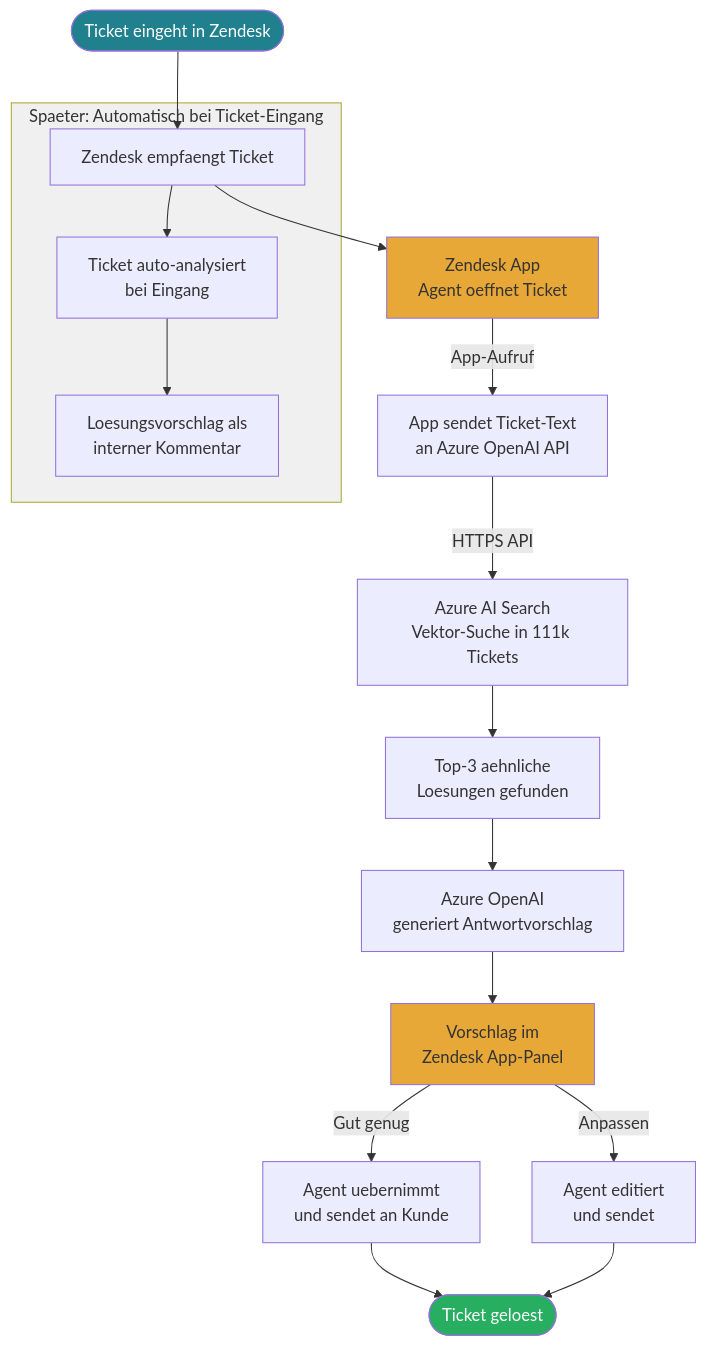
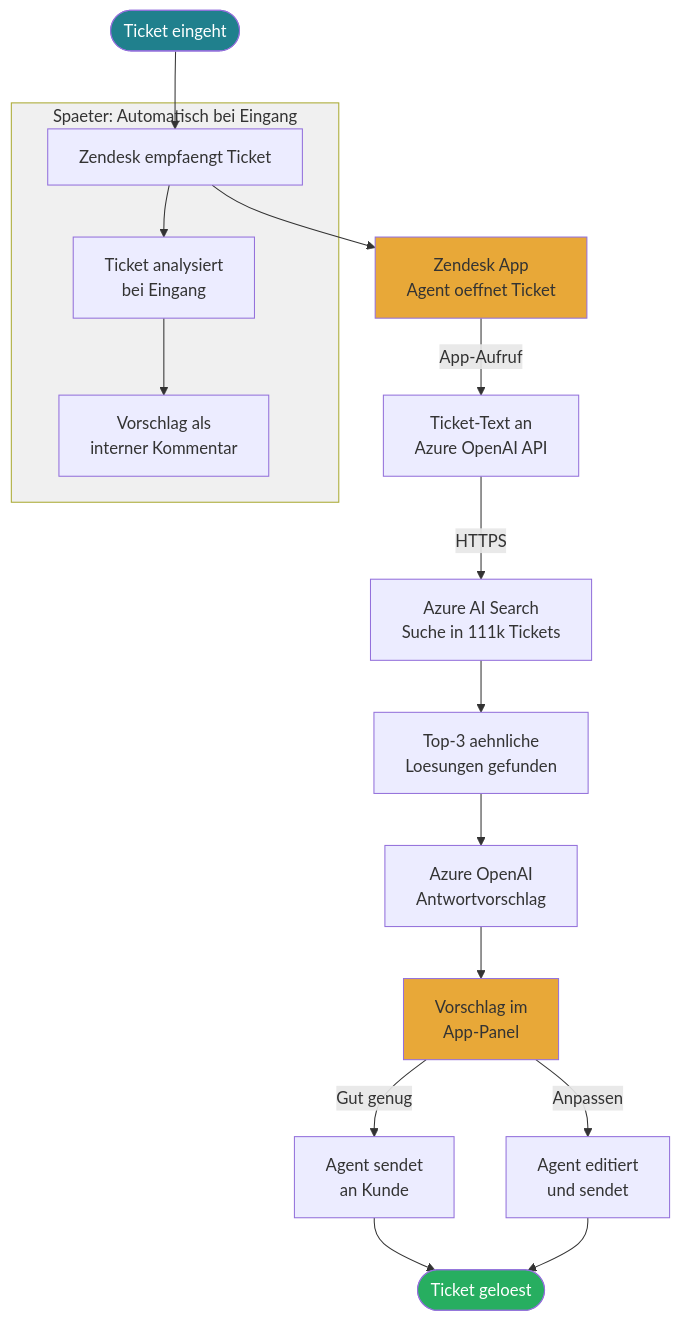
The third of 11 diagrams in readme.md (tekknix/zendesk-ai), drawn with Mermaid before and after one commit. The commit also changed other lines of this file, not shown here.

````diff
--- a/readme.md
+++ b/readme.md
@@ -48,25 +54,25 @@
 ```mermaid
 flowchart TD
-    A([Ticket eingeht in Zendesk]) --> B[Zendesk empfaengt Ticket]
+    A([Ticket eingeht]) --> B[Zendesk empfaengt Ticket]
     B --> C[Zendesk App<br>Agent oeffnet Ticket]
-    C -->|App-Aufruf| D[App sendet Ticket-Text<br>an Azure OpenAI API]
-    D -->|HTTPS API| E[Azure AI Search<br>Vektor-Suche in 111k Tickets]
+    C -->|App-Aufruf| D[Ticket-Text an<br>Azure OpenAI API]
+    D -->|HTTPS| E[Azure AI Search<br>Suche in 111k Tickets]
     E --> F[Top-3 aehnliche<br>Loesungen gefunden]
-    F --> G[Azure OpenAI<br>generiert Antwortvorschlag]
-    G --> H[Vorschlag im<br>Zendesk App-Panel]
-    H -->|Gut genug| I[Agent uebernimmt<br>und sendet an Kunde]
+    F --> G[Azure OpenAI<br>Antwortvorschlag]
+    G --> H[Vorschlag im<br>App-Panel]
+    H -->|Gut genug| I[Agent sendet<br>an Kunde]
     H -->|Anpassen| K[Agent editiert<br>und sendet]
     I --> L([Ticket geloest])
     K --> L
 
-    subgraph PHASE2 [Spaeter: Automatisch bei Ticket-Eingang]
-        B --> M[Ticket auto-analysiert<br>bei Eingang]
-        M --> N[Loesungsvorschlag als<br>interner Kommentar]
+    subgraph PHASE2 [Spaeter: Automatisch bei Eingang]
+        B --> M[Ticket analysiert<br>bei Eingang]
+        M --> N[Vorschlag als<br>interner Kommentar]
     end
 
     style A fill:#20808D,color:#fff
     style C fill:#E8A838,color:#333
     style H fill:#E8A838,color:#333
     style L fill:#27AE60,color:#fff
     style PHASE2 fill:#f0f0f0,color:#333
 ```
````
